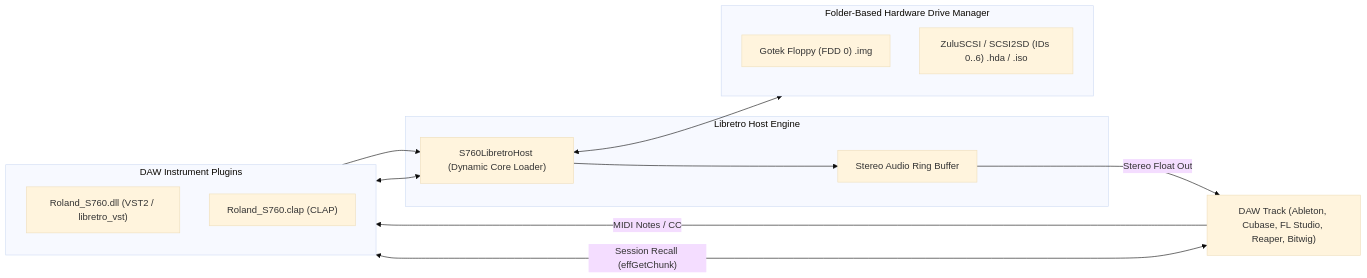
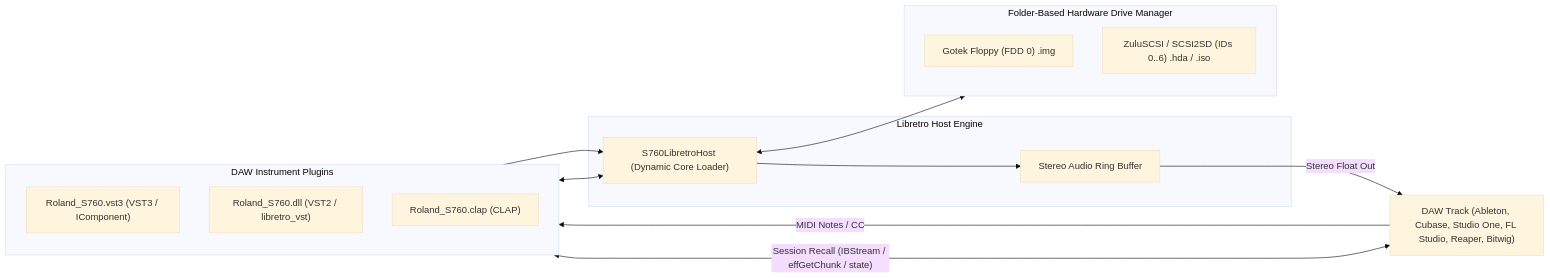
The diagram in README.md (JefroB/s760-Emulator), drawn with Mermaid (base theme) before and after one commit. The commit also changed other lines of this file, not shown here.

Commit message:
docs: update README with native Steinberg VST3 plugin details and architecture diagram

````diff
--- a/README.md
+++ b/README.md
@@ -226,24 +226,25 @@
 ```mermaid
 flowchart LR
-    DAW["DAW Track (Ableton, Cubase, FL Studio, Reaper, Bitwig)"]
+    DAW["DAW Track (Ableton, Cubase, Studio One, FL Studio, Reaper, Bitwig)"]
     
     subgraph Plugins ["DAW Instrument Plugins"]
-        VST["Roland_S760.dll (VST2 / libretro_vst)"]
+        VST3["Roland_S760.vst3 (VST3 / IComponent)"]
+        VST2["Roland_S760.dll (VST2 / libretro_vst)"]
         CLAP["Roland_S760.clap (CLAP)"]
     end
 
     subgraph Host ["Libretro Host Engine"]
         CoreLoader["S760LibretroHost (Dynamic Core Loader)"]
         AudioRing["Stereo Audio Ring Buffer"]
     end
 
     subgraph Drives ["Folder-Based Hardware Drive Manager"]
         FDD["Gotek Floppy (FDD 0) .img"]
         SCSI["ZuluSCSI / SCSI2SD (IDs 0..6) .hda / .iso"]
     end
 
     DAW -->|"MIDI Notes / CC"| Plugins --> CoreLoader
     CoreLoader --> AudioRing -->|"Stereo Float Out"| DAW
-    DAW <-->|"Session Recall (effGetChunk)"| Plugins <--> CoreLoader
+    DAW <-->|"Session Recall (IBStream / effGetChunk / state)"| Plugins <--> CoreLoader
     CoreLoader <--> Drives
 ```
````
